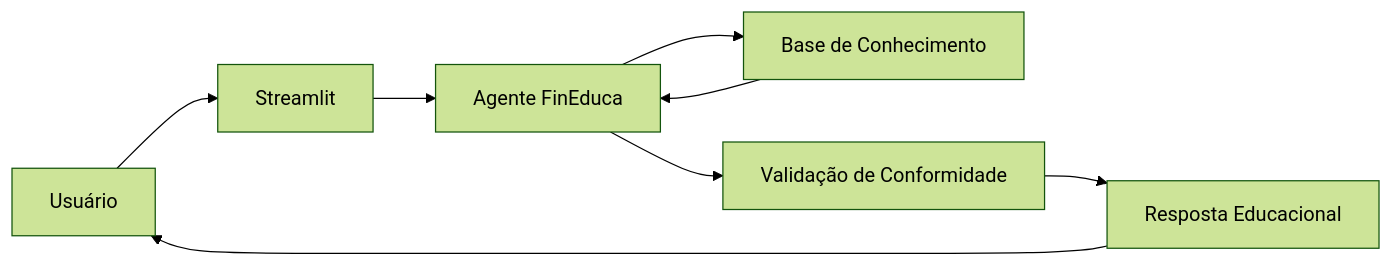
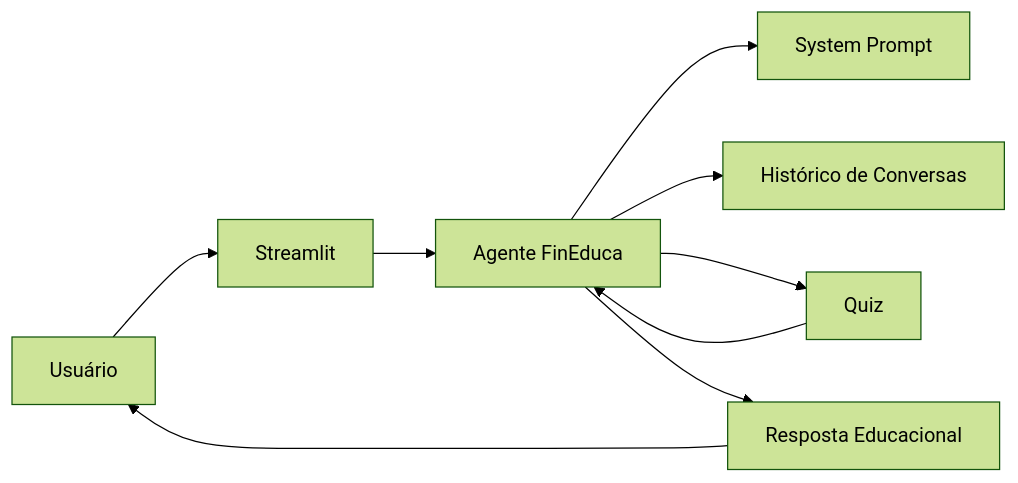
Before and after one commit to ViniOswaldo/dio-lab-bia-do-futuro: the diagram in src/README.md, drawn with Mermaid (forest theme). The commit also changed other lines of this file, not shown here.

````diff
--- a/src/README.md
+++ b/src/README.md
@@ -87,10 +83,11 @@
-```mermaid id="dyl86n"
+```mermaid
 flowchart LR
     A[Usuário] --> B[Streamlit]
     B --> C[Agente FinEduca]
-    C --> D[Base de Conhecimento]
-    D --> C
-    C --> E[Validação de Conformidade]
-    E --> F[Resposta Educacional]
-    F --> A
+    C --> D[System Prompt]
+    C --> E[Histórico de Conversas]
+    C --> F[Quiz]
+    F --> C
+    C --> G[Resposta Educacional]
+    G --> A
 ```
````
